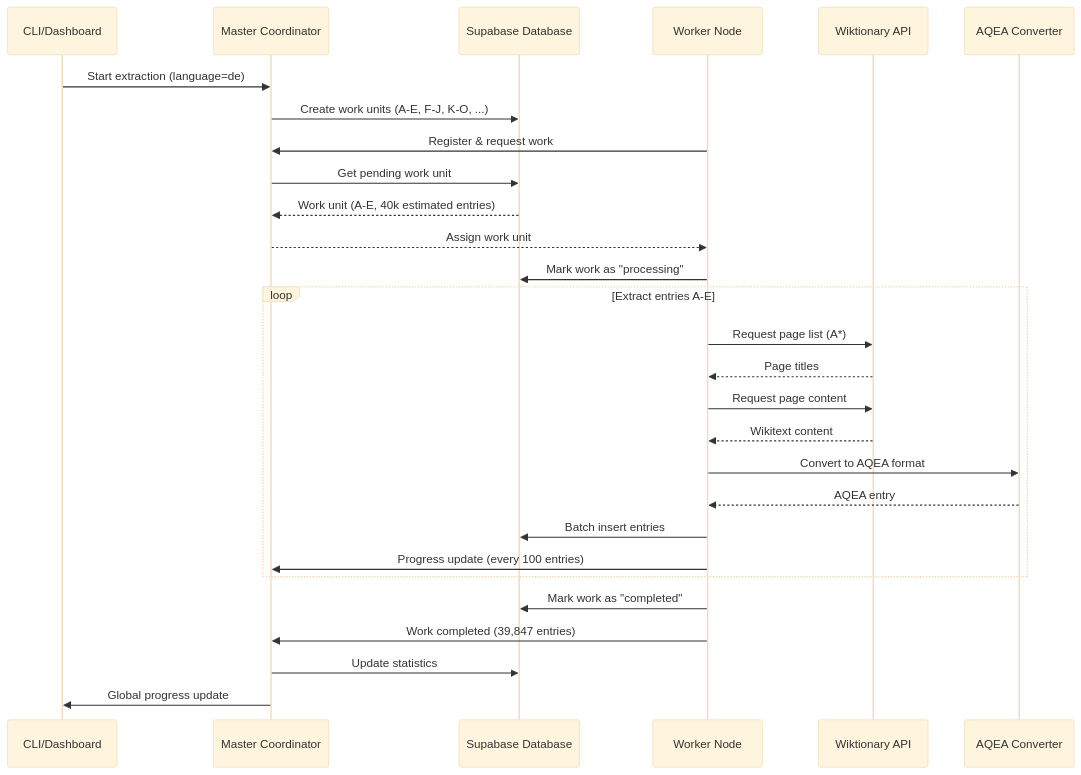
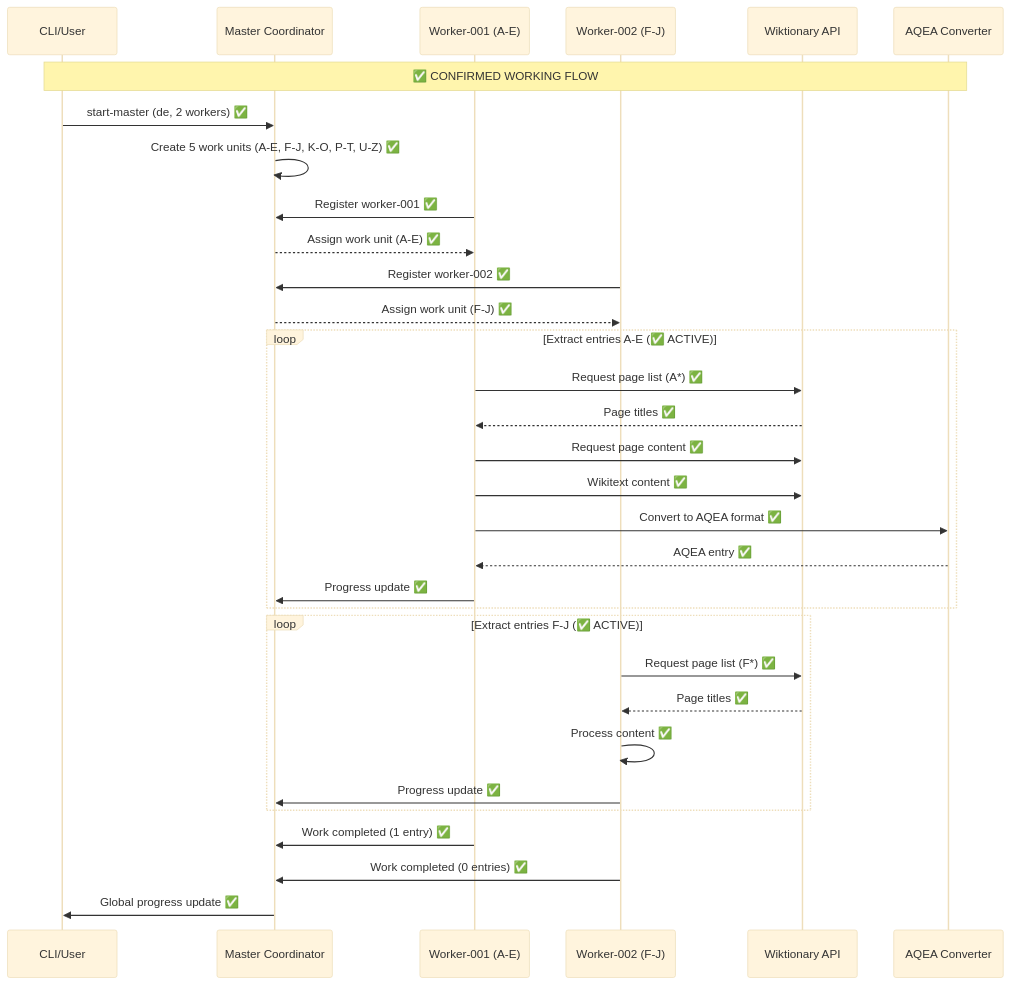
Before and after one commit to nextX-AG/aqea-distributed-extractor: the diagram in ARCHITECTURE.md, drawn with Mermaid (base theme). The commit also changed other lines of this file and 3 other files, not shown here.

Commit message:
Add TODO.md with deployment roadmap and fix critical issues identified during testing

````diff
--- a/ARCHITECTURE.md
+++ b/ARCHITECTURE.md
@@ -259,36 +320,41 @@
 ```mermaid
 sequenceDiagram
-    participant CLI as CLI/Dashboard
+    participant CLI as CLI/User
     participant Master as Master Coordinator
-    participant DB as Supabase Database
-    participant Worker as Worker Node
+    participant Worker1 as Worker-001 (A-E)
+    participant Worker2 as Worker-002 (F-J)
     participant Wiki as Wiktionary API
     participant AQEA as AQEA Converter
 
-    CLI->>Master: Start extraction (language=de)
-    Master->>DB: Create work units (A-E, F-J, K-O, ...)
+    Note over CLI,AQEA: ✅ CONFIRMED WORKING FLOW
+
+    CLI->>Master: start-master (de, 2 workers) ✅
+    Master->>Master: Create 5 work units (A-E, F-J, K-O, P-T, U-Z) ✅
     
-    Worker->>Master: Register & request work
-    Master->>DB: Get pending work unit
-    DB-->>Master: Work unit (A-E, 40k estimated entries)
-    Master-->>Worker: Assign work unit
+    Worker1->>Master: Register worker-001 ✅
+    Master-->>Worker1: Assign work unit (A-E) ✅
     
-    Worker->>DB: Mark work as "processing"
+    Worker2->>Master: Register worker-002 ✅
+    Master-->>Worker2: Assign work unit (F-J) ✅
     
-    loop Extract entries A-E
-        Worker->>Wiki: Request page list (A*)
-        Wiki-->>Worker: Page titles
-        Worker->>Wiki: Request page content
-        Wiki-->>Worker: Wikitext content
-        Worker->>AQEA: Convert to AQEA format
-        AQEA-->>Worker: AQEA entry
-        Worker->>DB: Batch insert entries
-        Worker->>Master: Progress update (every 100 entries)
+    loop Extract entries A-E (✅ ACTIVE)
+        Worker1->>Wiki: Request page list (A*) ✅
+        Wiki-->>Worker1: Page titles ✅
+        Worker1->>Wiki: Request page content ✅
+        Worker1->>Wiki: Wikitext content ✅
+        Worker1->>AQEA: Convert to AQEA format ✅
+        AQEA-->>Worker1: AQEA entry ✅
+        Worker1->>Master: Progress update ✅
     end
     
-    Worker->>DB: Mark work as "completed"
-    Worker->>Master: Work completed (39,847 entries)
-    Master->>DB: Update statistics
+    loop Extract entries F-J (✅ ACTIVE)
+        Worker2->>Wiki: Request page list (F*) ✅
+        Wiki-->>Worker2: Page titles ✅
+        Worker2->>Worker2: Process content ✅
+        Worker2->>Master: Progress update ✅
+    end
     
-    Master->>CLI: Global progress update
+    Worker1->>Master: Work completed (1 entry) ✅
+    Worker2->>Master: Work completed (0 entries) ✅
+    Master->>CLI: Global progress update ✅
 ```
````
